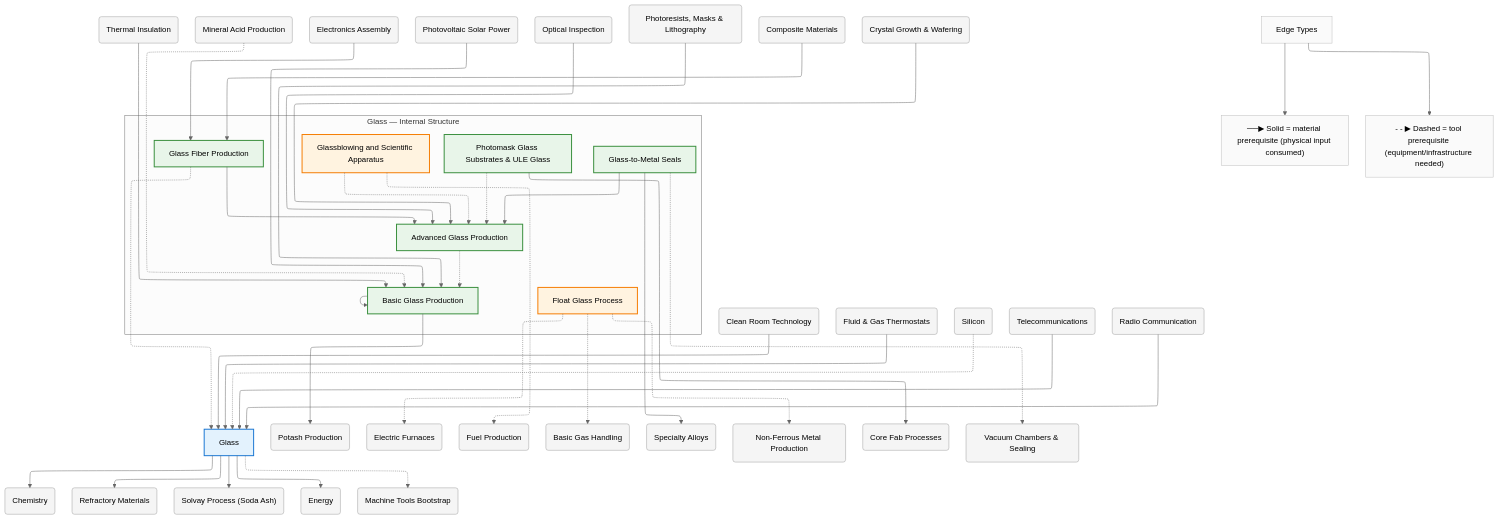
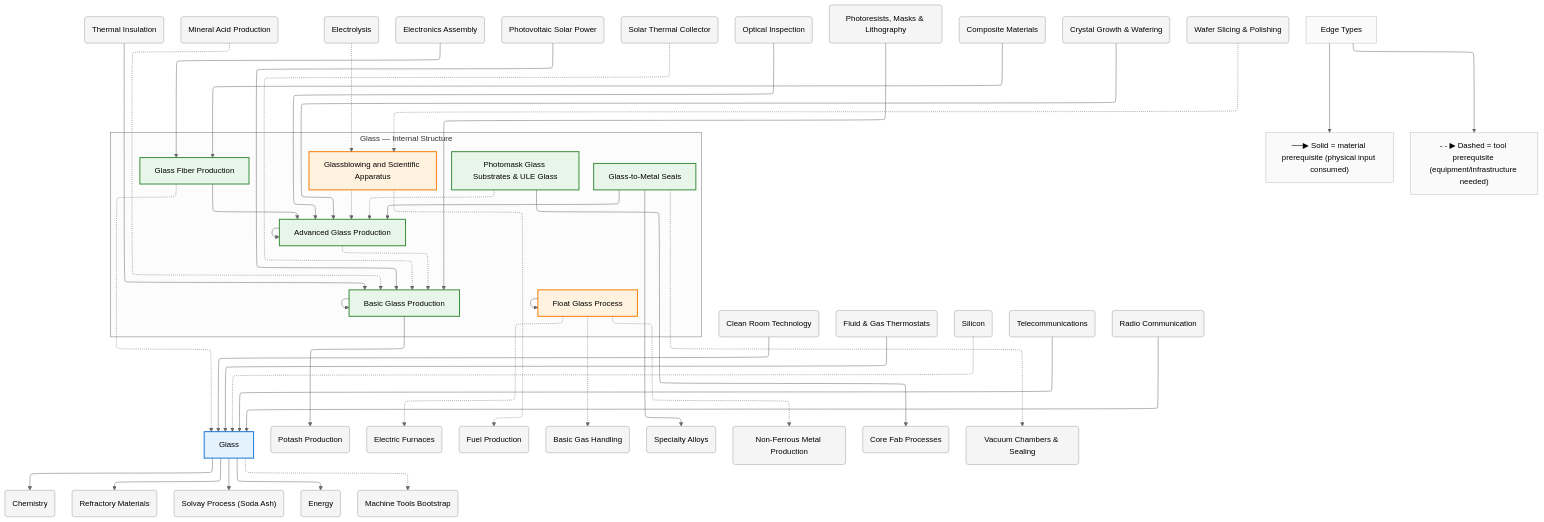
One commit to egofree/TechTree changed the diagram in diagrams/mermaid/glass.mmd. Above: the diagram before and after it, drawn with Mermaid (neutral theme). The commit also changed 139 other files, not shown here.

First line of the commit message:
chore: regenerate diagrams + glossary pages + fix build scripts

```diff
--- a/diagrams/mermaid/glass.mmd
+++ b/diagrams/mermaid/glass.mmd
@@ -1,131 +1,142 @@
 %%{init: {"flowchart": {"defaultRenderer": "elk", "htmlLabels": true}}}%%
 graph TD
     %% Domain: Glass
 
     %% ==================== INTERNAL NODES ====================
     subgraph glass_internal ["Glass — Internal Structure"]
         direction TB
         glass_advanced_glassblowing["Glassblowing and Scientific Apparatus"]
         glass_advanced["Advanced Glass Production"]
         glass_basic["Basic Glass Production"]
         glass_fibers["Glass Fiber Production"]
         glass_basic_float-glass["Float Glass Process"]
         glass_glass-to-metal-seals["Glass-to-Metal Seals"]
         glass_photomask-substrates["Photomask Glass Substrates & ULE Glass"]
     end
 
     %% ==================== DOMAIN NODE ====================
     glass["Glass"]
 
     %% ==================== EXTERNAL DEPENDENCIES ====================
     ceramics_thermal-insulation("Thermal Insulation")
     chemistry("Chemistry")
     chemistry_acids("Mineral Acid Production")
+    chemistry_electrolysis("Electrolysis")
     chemistry_potash("Potash Production")
     chemistry_refractories("Refractory Materials")
     chemistry_solvay("Solvay Process (Soda Ash)")
     cleanrooms("Clean Room Technology")
     electronics_assembly("Electronics Assembly")
     energy("Energy")
     energy_electric-furnaces("Electric Furnaces")
     energy_fuels("Fuel Production")
     energy_photovoltaics("Photovoltaic Solar Power")
+    energy_solar-thermal_collector("Solar Thermal Collector")
     gas-handling_basic("Basic Gas Handling")
     machine-tools("Machine Tools Bootstrap")
     measurement_thermostat-fluid("Fluid & Gas Thermostats")
     metals_alloys("Specialty Alloys")
     metals_non-ferrous("Non-Ferrous Metal Production")
     optics_inspection("Optical Inspection")
     photolithography_fab-processes("Core Fab Processes")
     photolithography_resists-masks("Photoresists, Masks & Lithography")
     polymers_composites("Composite Materials")
     silicon("Silicon")
     silicon_crystal-growth("Crystal Growth & Wafering")
+    silicon_wafering("Wafer Slicing & Polishing")
     telecom("Telecommunications")
     telecom_radio("Radio Communication")
     vacuum_chambers("Vacuum Chambers & Sealing")
 
     %% ==================== EDGES ====================
     glass_advanced_glassblowing -.-> glass_advanced
+    glass_advanced --> glass_advanced
     glass_advanced -.-> glass_basic
+    glass_basic_float-glass --> glass_basic_float-glass
     glass_basic --> glass_basic
     glass_fibers --> glass_advanced
     glass_fibers -.-> glass
     glass_photomask-substrates -.-> glass_advanced
     glass_glass-to-metal-seals --> glass_advanced
     ceramics_thermal-insulation --> glass_basic
     chemistry_acids -.-> glass_basic
+    chemistry_electrolysis -.-> glass_advanced_glassblowing
     cleanrooms --> glass
     electronics_assembly --> glass_fibers
     energy_photovoltaics --> glass_basic
+    energy_solar-thermal_collector -.-> glass_basic
     glass_advanced_glassblowing -.-> energy_fuels
     glass_basic_float-glass -.-> energy_electric-furnaces
     glass_basic_float-glass -.-> gas-handling_basic
     glass_basic_float-glass -.-> metals_non-ferrous
     glass_basic --> chemistry_potash
     glass_photomask-substrates --> photolithography_fab-processes
     glass_glass-to-metal-seals --> metals_alloys
     glass_glass-to-metal-seals -.-> vacuum_chambers
     glass --> chemistry_refractories
     glass --> chemistry_solvay
     glass --> chemistry
     glass --> energy
     glass -.-> machine-tools
     measurement_thermostat-fluid --> glass
     optics_inspection --> glass_advanced
     photolithography_resists-masks --> glass_basic
     polymers_composites --> glass_fibers
     silicon_crystal-growth --> glass_advanced
+    silicon_wafering -.-> glass_advanced_glassblowing
     silicon -.-> glass
     telecom_radio --> glass
     telecom --> glass
 
     %% ==================== EDGE TYPE LEGEND ====================
     EdgeLegend["Edge Types"]
     EdgeLegend --> MatNote["──▶ Solid = material prerequisite (physical input consumed)"]
     EdgeLegend --> ToolNote["- - ▶ Dashed = tool prerequisite (equipment/infrastructure needed)"]
 
     %% ==================== STYLING ====================
     classDef domain fill:#e3f2fd,stroke:#1976d2,stroke-width:2px
     classDef capability fill:#e8f5e9,stroke:#388e3c,stroke-width:2px
     classDef process fill:#fff3e0,stroke:#f57c00,stroke-width:2px
     classDef critical fill:#fff3e0,stroke:#f57c00,stroke-width:3px
     classDef earlyWin fill:#e8f5e9,stroke:#388e3c,stroke-width:3px
     classDef pinnacle fill:#fce4ec,stroke:#c62828,stroke-width:3px
     classDef external fill:#f5f5f5,stroke:#9e9e9e,stroke-width:1px
     classDef legend fill:#fafafa,stroke:#bdbdbd,stroke-width:1px
     class glass domain
     class glass_advanced_glassblowing process
     class glass_advanced capability
     class glass_basic capability
     class glass_fibers capability
     class glass_basic_float-glass process
     class glass_glass-to-metal-seals capability
     class glass_photomask-substrates capability
     class ceramics_thermal-insulation external
     class chemistry external
     class chemistry_acids external
+    class chemistry_electrolysis external
     class chemistry_potash external
     class chemistry_refractories external
     class chemistry_solvay external
     class cleanrooms external
     class electronics_assembly external
     class energy external
     class energy_electric-furnaces external
     class energy_fuels external
     class energy_photovoltaics external
+    class energy_solar-thermal_collector external
     class gas-handling_basic external
     class machine-tools external
     class measurement_thermostat-fluid external
     class metals_alloys external
     class metals_non-ferrous external
     class optics_inspection external
     class photolithography_fab-processes external
     class photolithography_resists-masks external
     class polymers_composites external
     class silicon external
     class silicon_crystal-growth external
+    class silicon_wafering external
     class telecom external
     class telecom_radio external
     class vacuum_chambers external
     class EdgeLegend,MatNote,ToolNote legend
```
